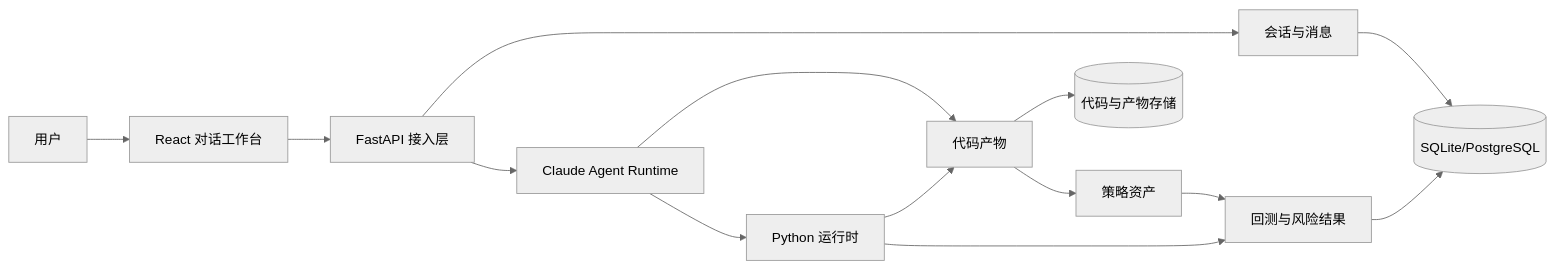
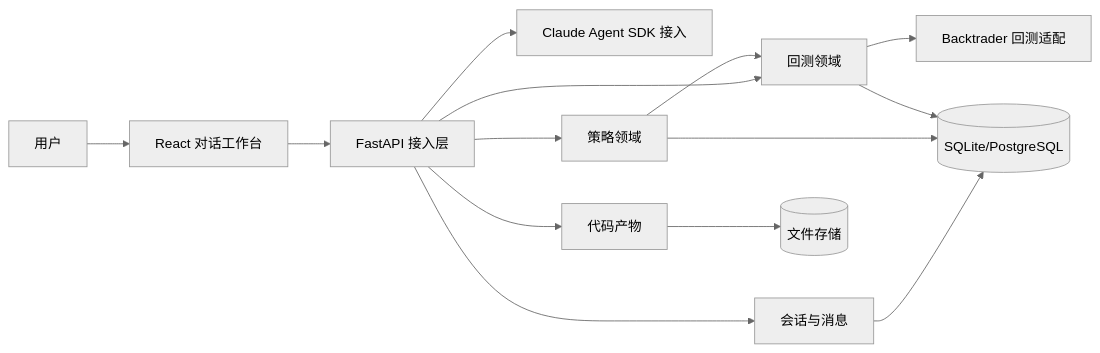
One commit to hyf001/chat-quant changed the first of 4 diagrams in docs/概要设计说明书.md. Above: the diagram before and after it, drawn with Mermaid (neutral theme). The commit also changed other lines of this file and 44 other files, not shown here.

````diff
--- a/docs/概要设计说明书.md
+++ b/docs/概要设计说明书.md
@@ -61,16 +61,16 @@
 ```mermaid
 flowchart LR
     U["用户"] --> WEB["React 对话工作台"]
     WEB --> API["FastAPI 接入层"]
-    API --> CONV["会话与消息"]
-    API --> AGENT["Claude Agent Runtime"]
-    AGENT --> CODE["代码产物"]
-    AGENT --> PY["Python 运行时"]
-    PY --> CODE
-    CODE --> STRAT["策略资产"]
-    STRAT --> BT["回测与风险结果"]
-    PY --> BT
-    CONV --> DB[("SQLite/PostgreSQL")]
-    CODE --> FS[("代码与产物存储")]
+    API --> CHAT["会话与消息"]
+    API --> AGENT["Claude Agent SDK 接入"]
+    API --> ART["代码产物"]
+    API --> STRAT["策略领域"]
+    API --> BT["回测领域"]
+    STRAT --> BT
+    BT --> ENGINE["Backtrader 回测适配"]
+    CHAT --> DB[("SQLite/PostgreSQL")]
+    ART --> FS[("文件存储")]
+    STRAT --> DB
     BT --> DB
 ```
````
